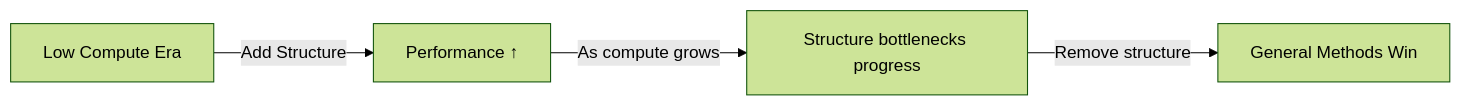
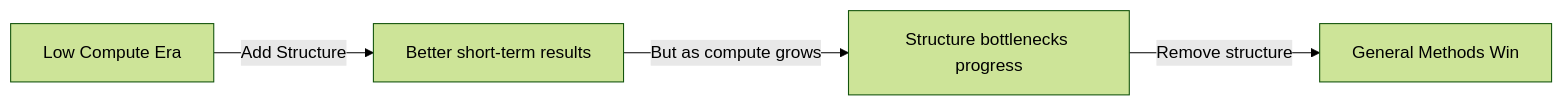
One commit to pankajrajdeo/Courses changed the fifth of 5 diagrams in Context Engineering/Latent_Space_Pod.md. Above: the diagram before and after it, drawn with Mermaid (forest theme). The commit also changed other lines of this file, not shown here.

````diff
--- a/Context Engineering/Latent_Space_Pod.md
+++ b/Context Engineering/Latent_Space_Pod.md
@@ -210,6 +336,6 @@
 ```mermaid
 graph LR
-    A[Low Compute Era] -->|Add Structure| B[Performance ↑]
-    B -->|As compute grows| C[Structure bottlenecks progress]
-    C -->|Remove structure| D[General Methods Win]
+    LC[Low Compute Era] -->|Add Structure| Rel[Better short-term results]
+    Rel -->|But as compute grows| Bottleneck[Structure bottlenecks progress]
+    Bottleneck -->|Remove structure| Gen[General Methods Win]
 ```
````
